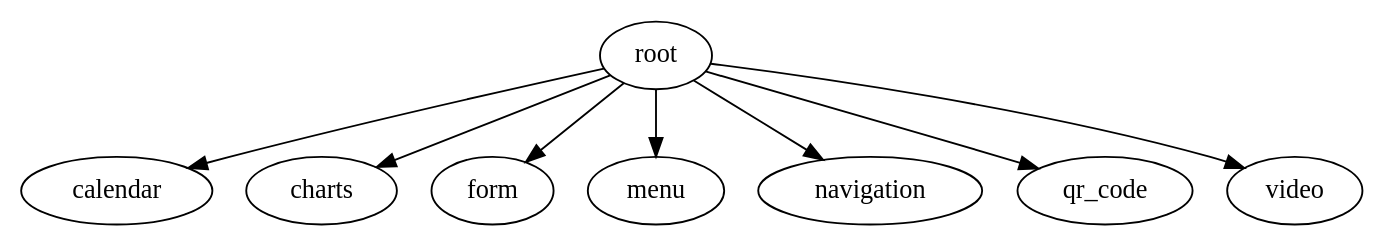
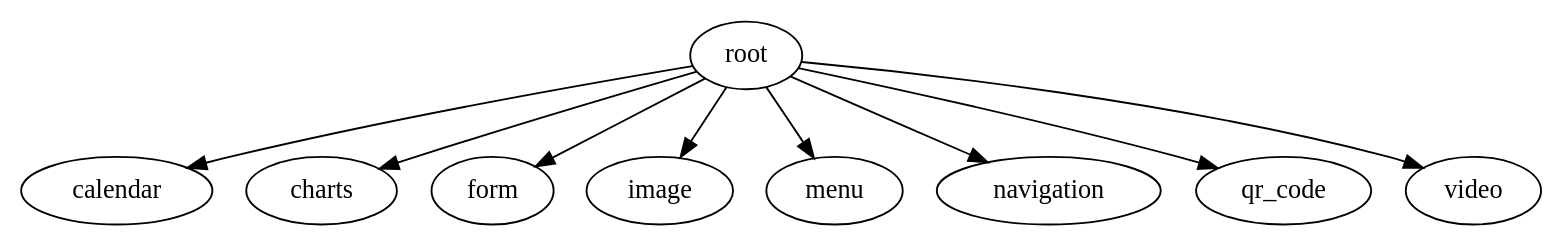
The diagram in features/module_graph/modules.dot (VitalyPerm/MobileUp-Android-Samples), drawn with Graphviz before and after one commit. The commit also changed 24 other files, not shown here.

```diff
--- a/features/module_graph/modules.dot
+++ b/features/module_graph/modules.dot
@@ -1,17 +1,19 @@
 digraph {
 calendar
 charts
 form
+image
 menu
 navigation
 qr_code
 root
 video
 root -> calendar
 root -> charts
 root -> form
+root -> image
 root -> menu
 root -> navigation
 root -> qr_code
 root -> video
 }
```
